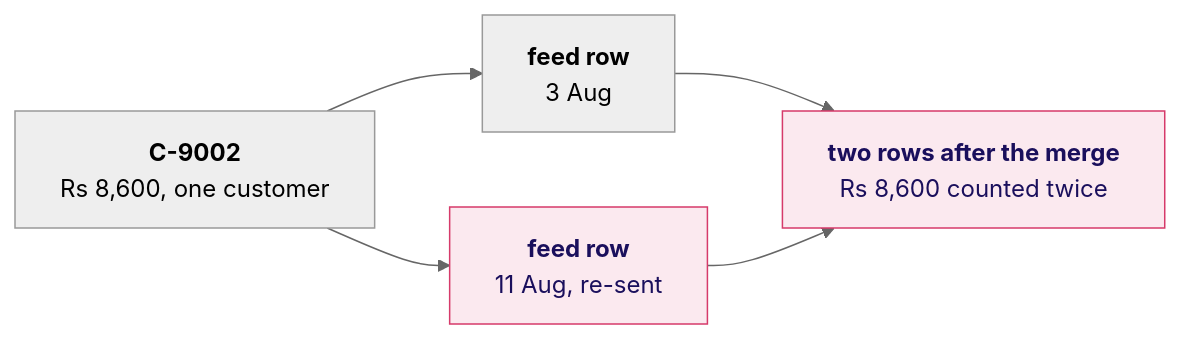
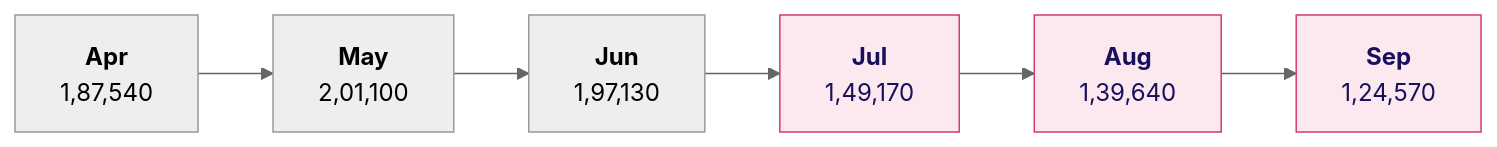
One commit to fde-academy-lab/c2-content-factory changed diagram 12 of 19 in content/W02/D4/slides/C2_W02_D04_half1_STUDENT.md. Above: the diagram before and after it, drawn with Mermaid (neutral theme). The commit also changed other lines of this file and 9 other files, not shown here.

````diff
--- a/content/W02/D4/slides/C2_W02_D04_half1_STUDENT.md
+++ b/content/W02/D4/slides/C2_W02_D04_half1_STUDENT.md
@@ -522,9 +847,6 @@
 ```mermaid
 flowchart LR
-    A["<b>C-9002</b><br/>Rs 8,600, one customer"] --> B["<b>feed row</b><br/>3 Aug"]
-    A --> C["<b>feed row</b><br/>11 Aug, re-sent"]
-    B --> D["<b>two rows after the merge</b><br/>Rs 8,600 counted twice"]
-    C --> D
+    A["<b>Apr</b><br/>1,87,540"] --> M["<b>May</b><br/>2,01,100"] --> J["<b>Jun</b><br/>1,97,130"] --> L["<b>Jul</b><br/>1,49,170"] --> U["<b>Aug</b><br/>1,39,640"] --> S["<b>Sep</b><br/>1,24,570"]
     classDef bad fill:#FBE9EF,stroke:#D63A6A,color:#1A0F5C
-    class C,D bad
+    class L,U,S bad
 ```
````
